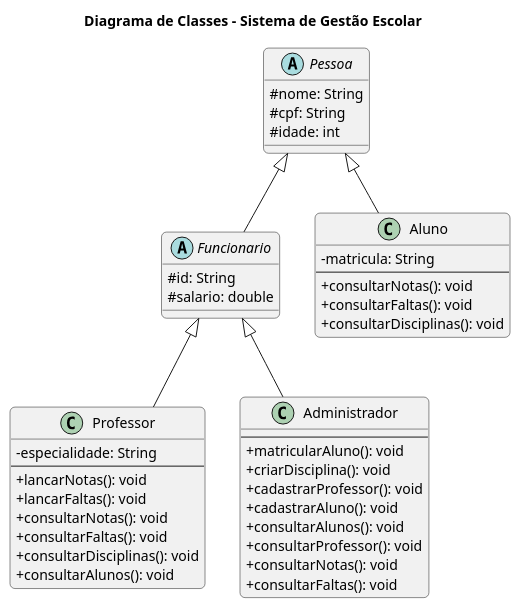
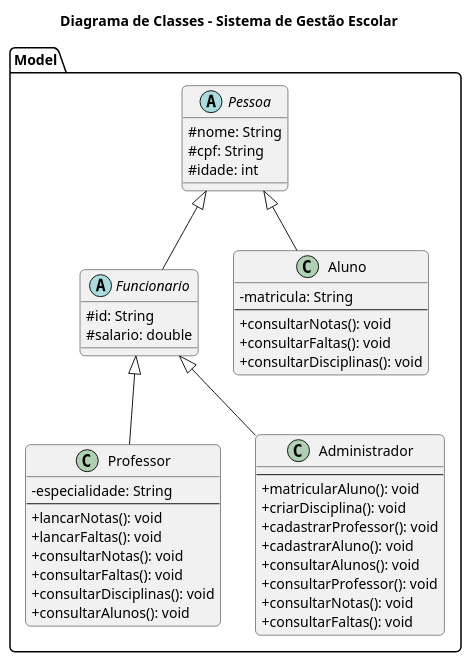
The diagram in diagrama-de-classes.puml (joaovitor-9/Sistema-de-Gestao-Escolar), drawn with PlantUML before and after one commit. The commit also changed 45 other files, not shown here.

```diff
--- a/diagrama-de-classes.puml
+++ b/diagrama-de-classes.puml
@@ -1,60 +1,60 @@
 @startuml
 ' Título do Diagrama
 title Diagrama de Classes - Sistema de Gestão Escolar
 
 ' Configurações de aparência
 skinparam classAttributeIconSize 0
 skinparam roundcorner 10
 
 ' --- Classes Abstratas ---
-abstract class Pessoa {
+abstract class Model.Pessoa {
   # nome: String
   # cpf: String
   # idade: int
 }
 
-abstract class Funcionario {
+abstract class Model.Funcionario {
   # id: String
   # salario: double
 }
 
 ' --- Classes Concretas ---
-class Aluno {
+class Model.Aluno {
   - matricula: String
   --
   + consultarNotas(): void
   + consultarFaltas(): void
   + consultarDisciplinas(): void
 }
 
-class Professor {
+class Model.Professor {
   - especialidade: String
   --
   + lancarNotas(): void
   + lancarFaltas(): void
   + consultarNotas(): void
   + consultarFaltas(): void
   + consultarDisciplinas(): void
   + consultarAlunos(): void
 }
 
-class Administrador {
+class Model.Administrador {
   --
   + matricularAluno(): void
   + criarDisciplina(): void
   + cadastrarProfessor(): void
   + cadastrarAluno(): void
   + consultarAlunos(): void
   + consultarProfessor(): void
   + consultarNotas(): void
   + consultarFaltas(): void
 }
 
 ' --- Relações de Herança ---
-Pessoa <|-- Aluno
-Pessoa <|-- Funcionario
+Model.Pessoa <|-- Model.Aluno
+Model.Pessoa <|-- Model.Funcionario
 
-Funcionario <|-- Professor
-Funcionario <|-- Administrador
+Model.Funcionario <|-- Model.Professor
+Model.Funcionario <|-- Model.Administrador
 
 @enduml
```
